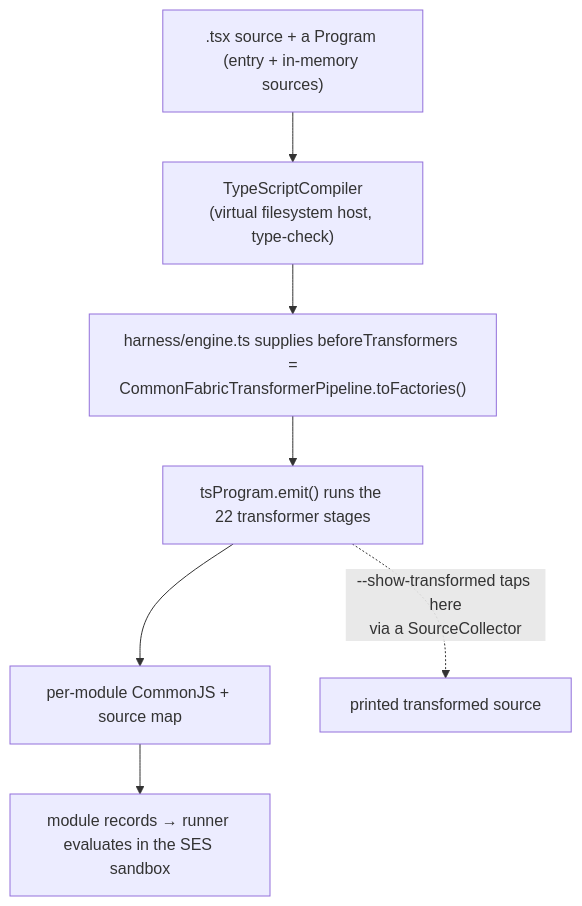
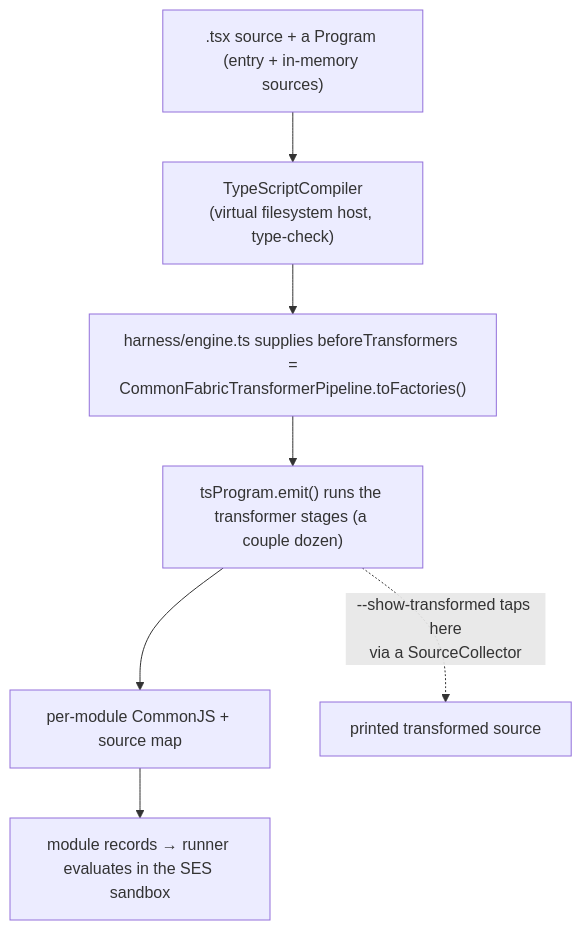
Before and after one commit to commontoolsinc/labs: the second of 5 diagrams in docs/development/orientation/compile-pipeline.md, drawn with Mermaid. The commit also changed other lines of this file and 8 other files, not shown here.

````diff
--- a/docs/development/orientation/compile-pipeline.md
+++ b/docs/development/orientation/compile-pipeline.md
@@ -74,12 +74,12 @@
 ```mermaid
 flowchart TB
     src[".tsx source + a Program (entry + in-memory sources)"]
     compiler["TypeScriptCompiler<br/>(virtual filesystem host, type-check)"]
     bridge["harness/engine.ts supplies beforeTransformers =<br/>CommonFabricTransformerPipeline.toFactories()"]
-    emit["tsProgram.emit() runs the 22 transformer stages"]
+    emit["tsProgram.emit() runs the transformer stages (a couple dozen)"]
     out["per-module CommonJS + source map"]
     records["module records → runner evaluates in the SES sandbox"]
 
     src --> compiler --> bridge --> emit --> out --> records
     emit -.->|"--show-transformed taps here<br/>via a SourceCollector"| dump["printed transformed source"]
 ```
````
